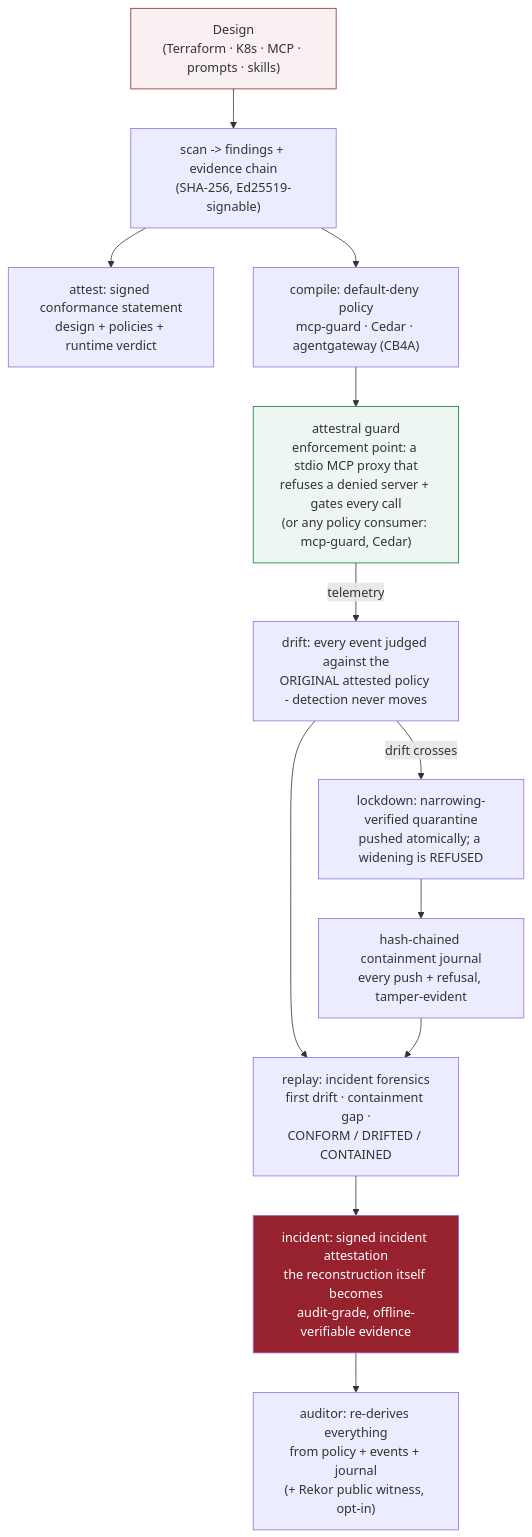
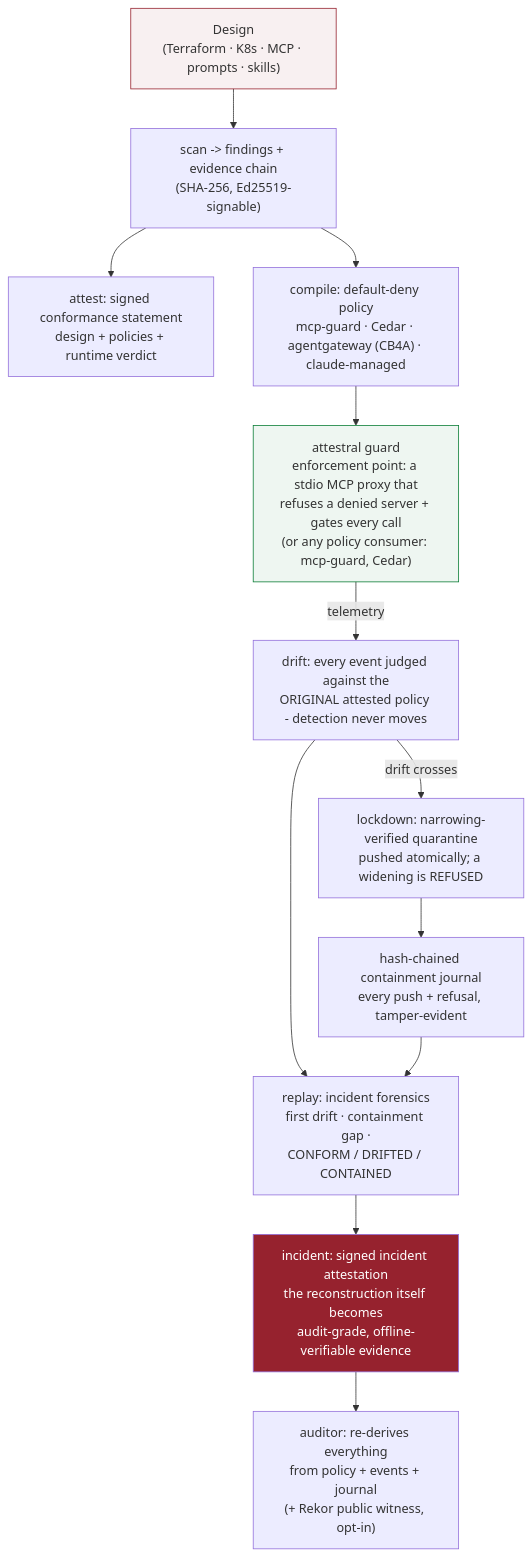
The third of 5 diagrams in README.md (attestral-labs/attestral), drawn with Mermaid before and after one commit. The commit also changed other lines of this file and 5 other files, not shown here.

````diff
--- a/README.md
+++ b/README.md
@@ -330,17 +330,17 @@
 ```mermaid
 flowchart TB
     DES["Design<br/>(Terraform · K8s · MCP · prompts · skills)"] --> SCAN["scan -> findings + evidence chain<br/>(SHA-256, Ed25519-signable)"]
     SCAN --> ATT["attest: signed conformance statement<br/>design + policies + runtime verdict"]
-    SCAN --> CMP["compile: default-deny policy<br/>mcp-guard · Cedar · agentgateway (CB4A)"]
+    SCAN --> CMP["compile: default-deny policy<br/>mcp-guard · Cedar · agentgateway (CB4A) · claude-managed"]
     CMP --> ENF["attestral guard<br/>enforcement point: a stdio MCP proxy that<br/>refuses a denied server + gates every call<br/>(or any policy consumer: mcp-guard, Cedar)"]
     ENF -->|telemetry| DRIFT["drift: every event judged against the<br/>ORIGINAL attested policy - detection never moves"]
     DRIFT -->|"drift crosses"| LOCK["lockdown: narrowing-verified quarantine<br/>pushed atomically; a widening is REFUSED"]
     LOCK --> JRNL["hash-chained containment journal<br/>every push + refusal, tamper-evident"]
     DRIFT --> RPL["replay: incident forensics<br/>first drift · containment gap ·<br/>CONFORM / DRIFTED / CONTAINED"]
     JRNL --> RPL
     RPL --> INC2["incident: signed incident attestation<br/>the reconstruction itself becomes<br/>audit-grade, offline-verifiable evidence"]
     INC2 --> AUD["auditor: re-derives everything<br/>from policy + events + journal<br/>(+ Rekor public witness, opt-in)"]
     style DES fill:#96222E11,stroke:#96222E
     style ENF fill:#0a7d3611,stroke:#0a7d36
     style INC2 fill:#96222E,color:#fff
 ```
````
